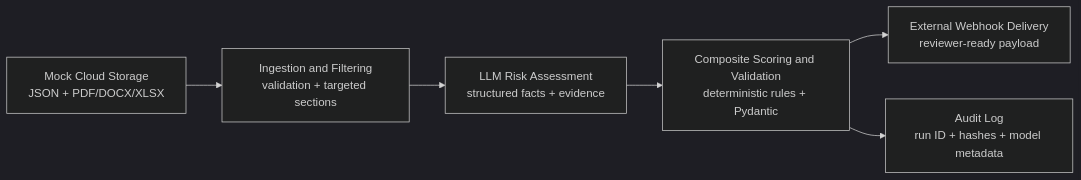
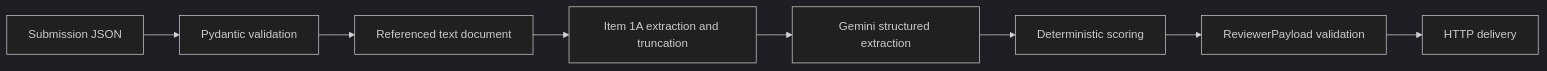
Before and after one commit to ahmednaeem786/ORION-s-AI-Pipeline---GrowthOps-Asia: the diagram in README.md, drawn with Mermaid (dark theme). The commit also changed other lines of this file and 2 other files, not shown here.

````diff
--- a/README.md
+++ b/README.md
@@ -18,8 +26,10 @@
 ```mermaid
 flowchart LR
-    A[Mock Cloud Storage\nJSON + PDF/DOCX/XLSX] --> B[Ingestion and Filtering\nvalidation + targeted sections]
-    B --> C[LLM Risk Assessment\nstructured facts + evidence]
-    C --> D[Composite Scoring and Validation\ndeterministic rules + Pydantic]
-    D --> E[External Webhook Delivery\nreviewer-ready payload]
-    D --> F[Audit Log\nrun ID + hashes + model metadata]
+    A[Submission JSON] --> B[Pydantic validation]
+    B --> C[Referenced text document]
+    C --> D[Item 1A extraction and truncation]
+    D --> E[Gemini structured extraction]
+    E --> F[Deterministic scoring]
+    F --> G[ReviewerPayload validation]
+    G --> H[HTTP delivery]
 ```
````
